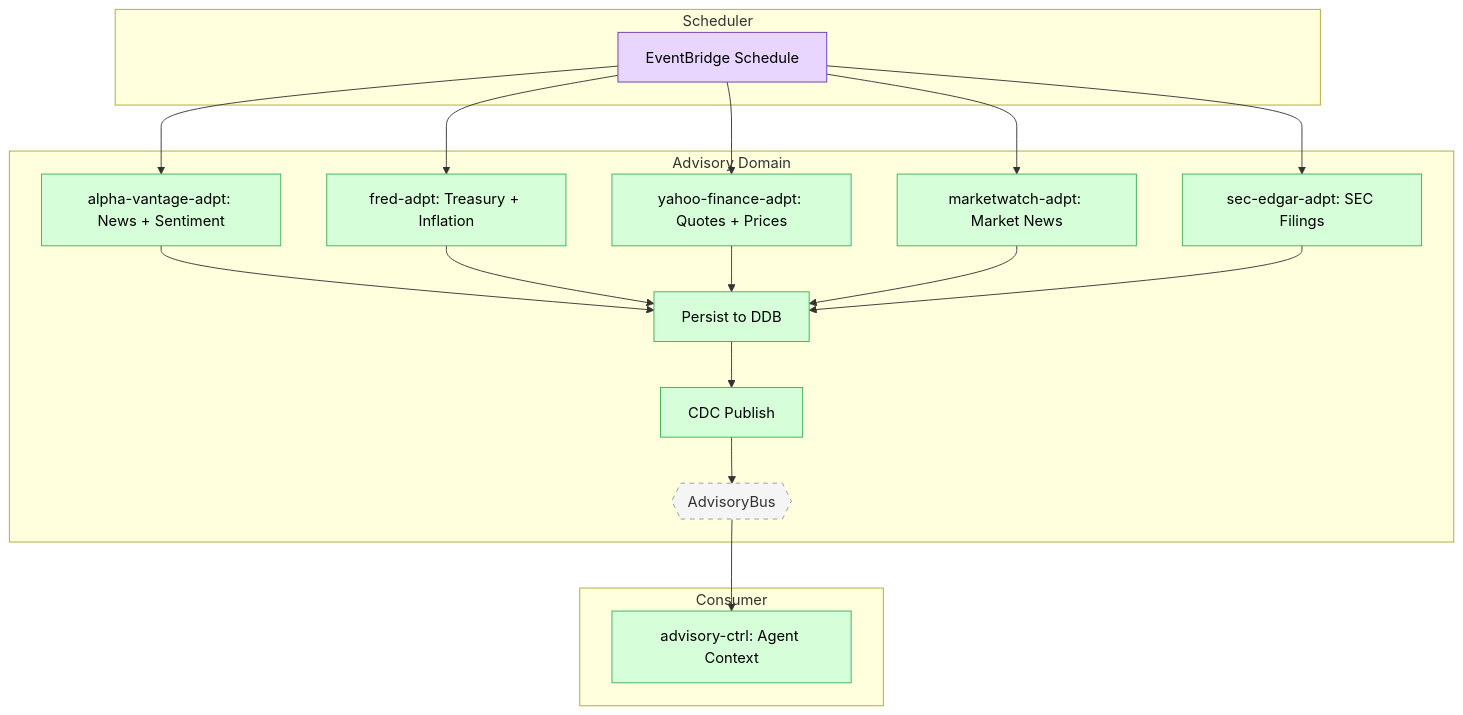
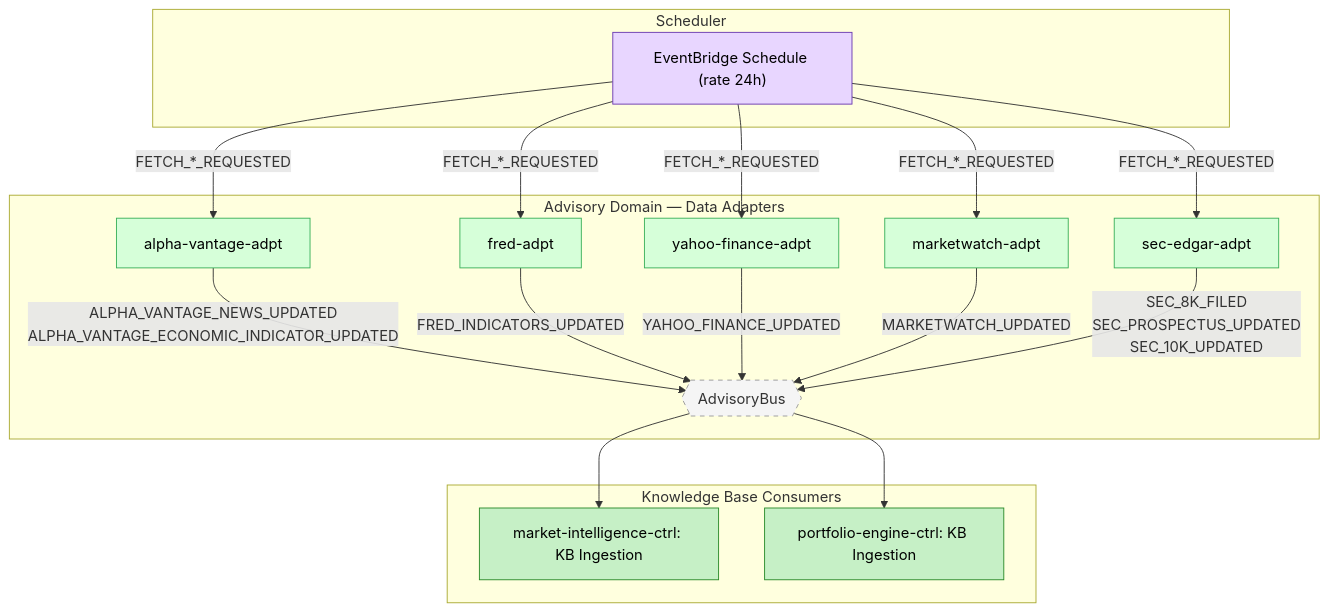
The diagram in docs/data-flows/07-market-data-ingestion.md (fabio-vitali/nestfolio), drawn with Mermaid before and after one commit. The commit also changed other lines of this file and 165 other files, not shown here.

````diff
--- a/docs/data-flows/07-market-data-ingestion.md
+++ b/docs/data-flows/07-market-data-ingestion.md
@@ -9,38 +11,39 @@
 ```mermaid
 flowchart TB
     subgraph subGraph0["Scheduler"]
-        S1["EventBridge Schedule"]
+        S1["EventBridge Schedule (rate 24h)"]
     end
-    subgraph subGraph1["Advisory Domain"]
+    subgraph subGraph1["Advisory Domain — Data Adapters"]
         AB{{"AdvisoryBus"}}
-        A1["alpha-vantage-adpt: News + Sentiment"]
-        A2["fred-adpt: Treasury + Inflation"]
-        A3["yahoo-finance-adpt: Quotes + Prices"]
-        A4["marketwatch-adpt: Market News"]
-        A5["sec-edgar-adpt: SEC Filings"]
-        A6["Persist to DDB"]
-        A7["CDC Publish"]
+        A1["alpha-vantage-adpt"]
+        A2["fred-adpt"]
+        A3["yahoo-finance-adpt"]
+        A4["marketwatch-adpt"]
+        A5["sec-edgar-adpt"]
     end
-    subgraph subGraph2["Consumer"]
-        B1["advisory-ctrl: Agent Context"]
+    subgraph subGraph2["Knowledge Base Consumers"]
+        B1["market-intelligence-ctrl: KB Ingestion"]
+        B2["portfolio-engine-ctrl: KB Ingestion"]
     end
-    S1 --> A1 & A2 & A3 & A4 & A5
-    A1 & A2 & A3 & A4 & A5 --> A6
-    A6 --> A7
-    A7 --> AB
-    AB --> B1
+    S1 -->|FETCH_*_REQUESTED| A1 & A2 & A3 & A4 & A5
+    A1 -->|ALPHA_VANTAGE_NEWS_UPDATED\nALPHA_VANTAGE_ECONOMIC_INDICATOR_UPDATED| AB
+    A2 -->|FRED_INDICATORS_UPDATED| AB
+    A3 -->|YAHOO_FINANCE_UPDATED| AB
+    A4 -->|MARKETWATCH_UPDATED| AB
+    A5 -->|SEC_8K_FILED\nSEC_PROSPECTUS_UPDATED\nSEC_10K_UPDATED| AB
+    AB --> B1 & B2
 
     S1:::scheduler
     A1:::advisory
     A2:::advisory
     A3:::advisory
     A4:::advisory
     A5:::advisory
-    A6:::advisory
-    A7:::advisory
     AB:::bus
-    B1:::advisory
+    B1:::agent
+    B2:::agent
     classDef advisory fill:#D6FFD9,stroke:#3AB05A,color:#000
     classDef bus fill:#F5F5F5,stroke:#999,stroke-dasharray:5 5
     classDef scheduler fill:#E8D6FF,stroke:#6A3AB0,color:#000
+    classDef agent fill:#C6F0C6,stroke:#2A8A2A,color:#000
 ```
````
